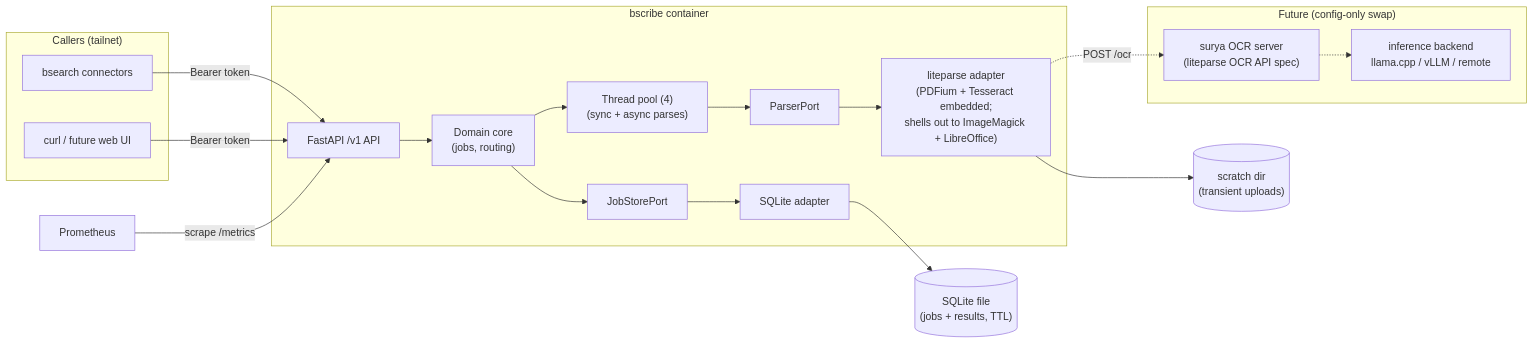
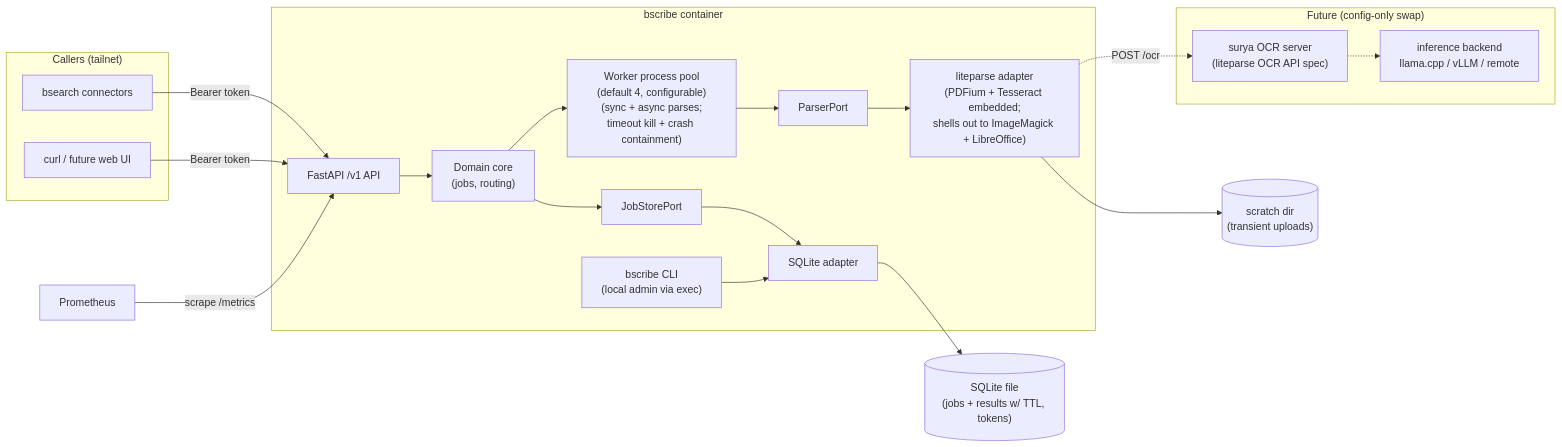
One commit to bcrisp4/bscribe changed the diagram in docs/design.md. Above: the diagram before and after it, drawn with Mermaid. The commit also changed other lines of this file and 3 other files, not shown here.

````diff
--- a/docs/design.md
+++ b/docs/design.md
@@ -86,34 +87,36 @@
 ```mermaid
 flowchart LR
     subgraph callers["Callers (tailnet)"]
         BS["bsearch connectors"]
         CURL["curl / future web UI"]
     end
 
     subgraph bscribe["bscribe container"]
         API["FastAPI /v1 API"]
         CORE["Domain core<br/>(jobs, routing)"]
-        WP["Thread pool (4)<br/>(sync + async parses)"]
+        WP["Worker process pool<br/>(default 4, configurable)<br/>(sync + async parses;<br/>timeout kill + crash containment)"]
         PP["ParserPort"]
         JS["JobStorePort"]
         LP["liteparse adapter<br/>(PDFium + Tesseract embedded;<br/>shells out to ImageMagick + LibreOffice)"]
         SQ["SQLite adapter"]
+        CLI["bscribe CLI<br/>(local admin via exec)"]
     end
 
     SCRATCH[("scratch dir<br/>(transient uploads)")]
-    DB[("SQLite file<br/>(jobs + results, TTL)")]
+    DB[("SQLite file<br/>(jobs + results w/ TTL, tokens)")]
     PROM["Prometheus"]
 
     subgraph future["Future (config-only swap)"]
         OCRS["surya OCR server<br/>(liteparse OCR API spec)"]
         INF["inference backend<br/>llama.cpp / vLLM / remote"]
     end
 
     BS & CURL -->|"Bearer token"| API
     API --> CORE --> WP
     CORE --> JS --> SQ --> DB
+    CLI --> SQ
     WP --> PP --> LP
     LP --> SCRATCH
     PROM -->|"scrape /metrics"| API
     LP -.->|"POST /ocr"| OCRS -.-> INF
 ```
````
